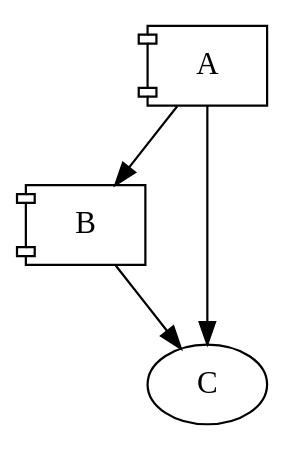
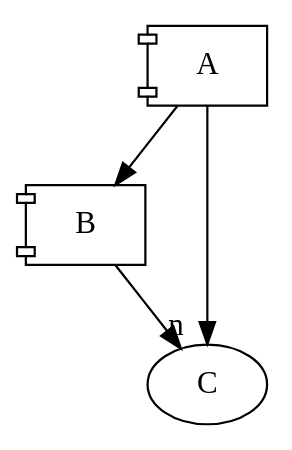
The diagram in test1.dot (felixhummel/graphviz_example), drawn with Graphviz before and after one commit. The commit also changed 10 other files, not shown here.

```diff
--- a/test1.dot
+++ b/test1.dot
@@ -1,16 +1,16 @@
 digraph Name {
 
   // scope
   {
     NODE [shape=component];
     A;
     B;
   }
   C;
 
 
   // dir=forward back both none controls arrow direction.
   A -> B;
   A -> C [weight=10];
-  B -> C;
+  B -> C [headlabel=n,labeldistance=1];
 }
```
